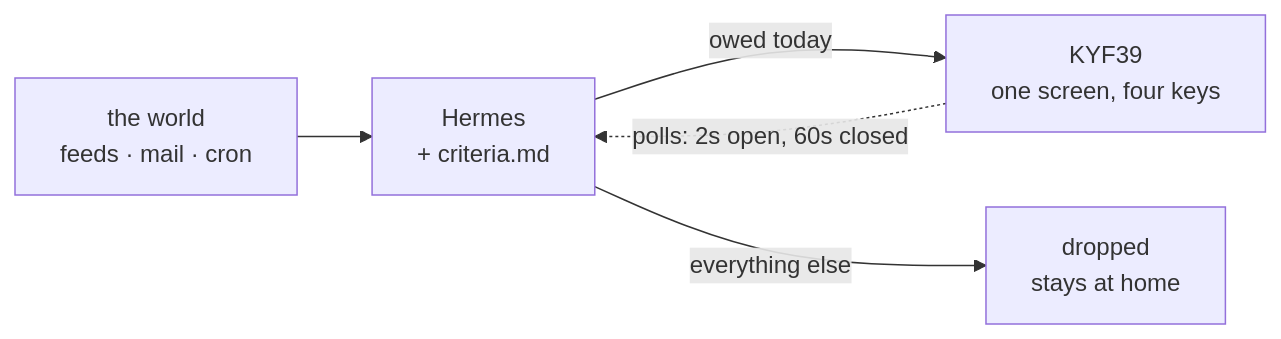
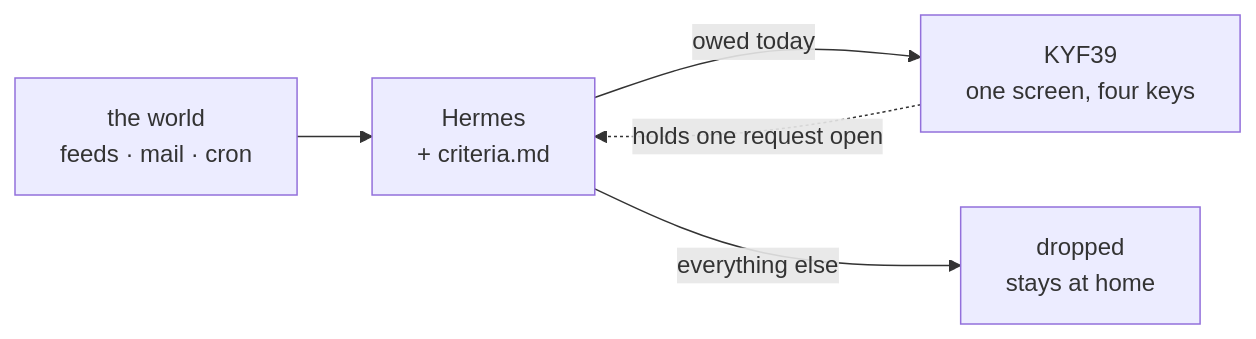
Before and after one commit to jumang4423/vipa: the diagram in README.md, drawn with Mermaid. The commit also changed other lines of this file and 8 other files, not shown here.

Commit message:
delivery: hold one request open instead of polling (1s latency, 48x fewer radio wake-ups)

````diff
--- a/README.md
+++ b/README.md
@@ -24,7 +24,7 @@
 ```mermaid
 flowchart LR
     W["the world<br/>feeds · mail · cron"] --> H["Hermes<br/>+ criteria.md"]
     H -- "owed today" --> P["KYF39<br/>one screen, four keys"]
     H -- "everything else" --> D["dropped<br/>stays at home"]
-    P -. "polls: 2s open, 60s closed" .-> H
+    P -. "holds one request open" .-> H
 ```
````
